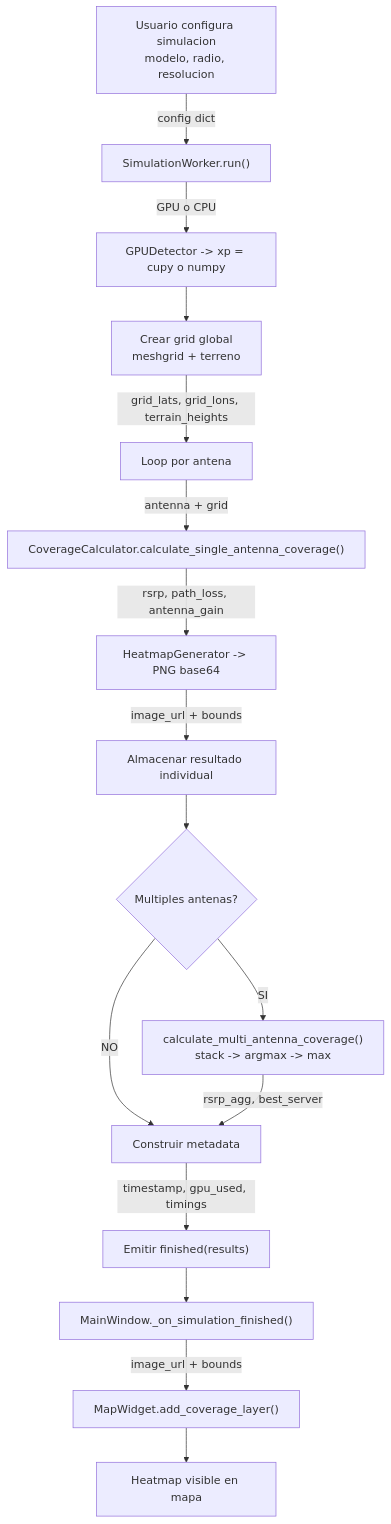
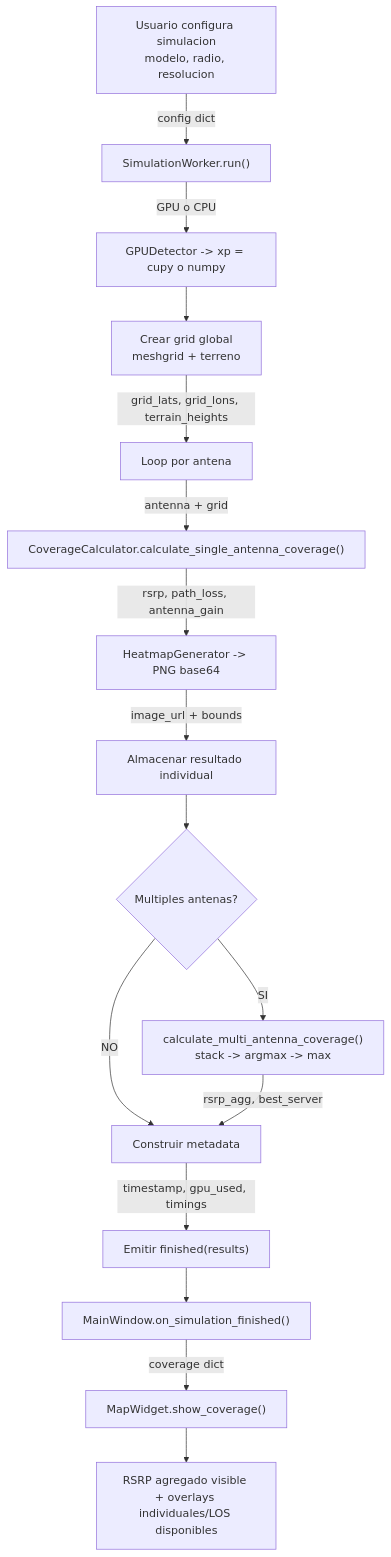
Before and after one commit to Darioxavierl/radio-coverage-simulator: the second of 4 diagrams in docs/MANUAL_TECNICO.md, drawn with Mermaid. The commit also changed other lines of this file and 6 other files, not shown here.

````diff
--- a/docs/MANUAL_TECNICO.md
+++ b/docs/MANUAL_TECNICO.md
@@ -134,18 +134,18 @@
 ```mermaid
 graph TD
     A["Usuario configura simulacion<br/>modelo, radio, resolucion"] -->|config dict| B["SimulationWorker.run()"]
     B -->|GPU o CPU| C["GPUDetector -> xp = cupy o numpy"]
     C --> D["Crear grid global<br/>meshgrid + terreno"]
     D -->|grid_lats, grid_lons, terrain_heights| E["Loop por antena"]
     E -->|antenna + grid| F["CoverageCalculator.calculate_single_antenna_coverage()"]
     F -->|rsrp, path_loss, antenna_gain| G["HeatmapGenerator -> PNG base64"]
     G -->|image_url + bounds| H["Almacenar resultado individual"]
     H --> I{"Multiples antenas?"}
     I -->|SI| J["calculate_multi_antenna_coverage()<br/>stack -> argmax -> max"]
     I -->|NO| K["Construir metadata"]
     J -->|rsrp_agg, best_server| K
     K -->|timestamp, gpu_used, timings| L["Emitir finished(results)"]
-    L --> M["MainWindow._on_simulation_finished()"]
-    M -->|image_url + bounds| N["MapWidget.add_coverage_layer()"]
-    N --> O["Heatmap visible en mapa"]
+    L --> M["MainWindow.on_simulation_finished()"]
+    M -->|coverage dict| N["MapWidget.show_coverage()"]
+    N --> O["RSRP agregado visible + overlays individuales/LOS disponibles"]
 ```
````
